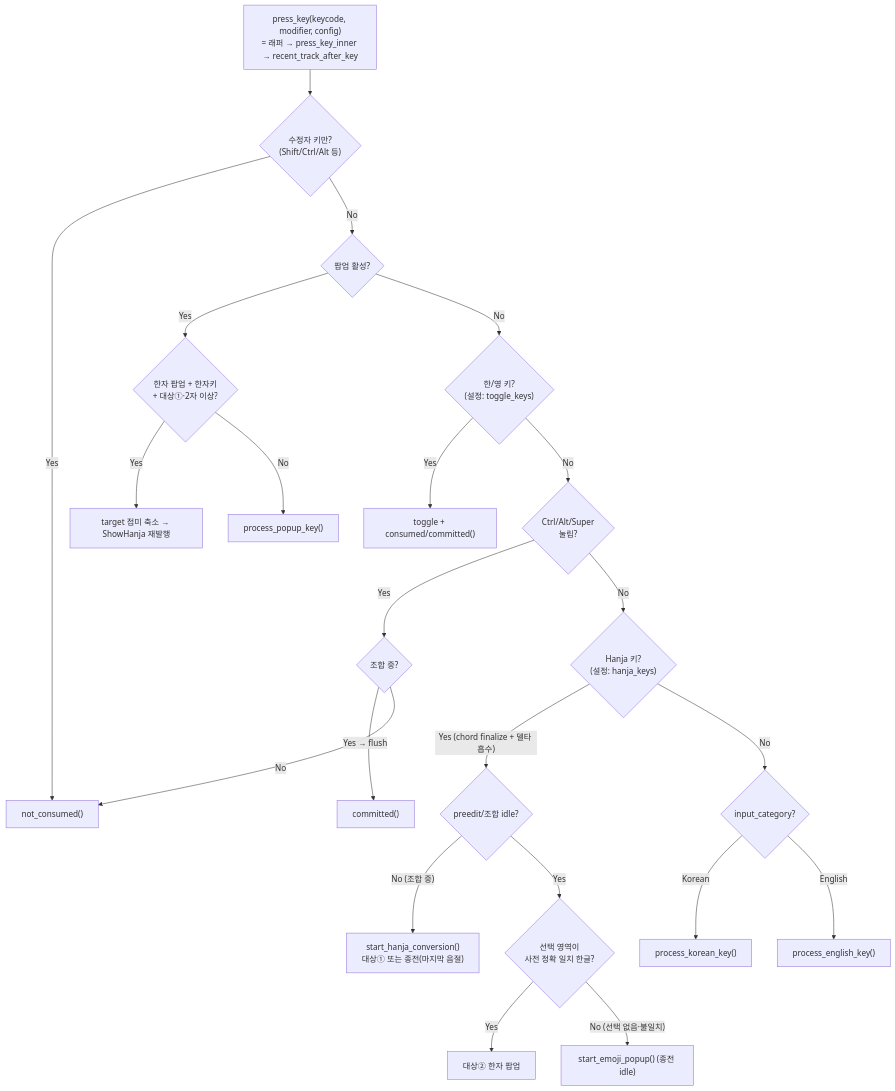
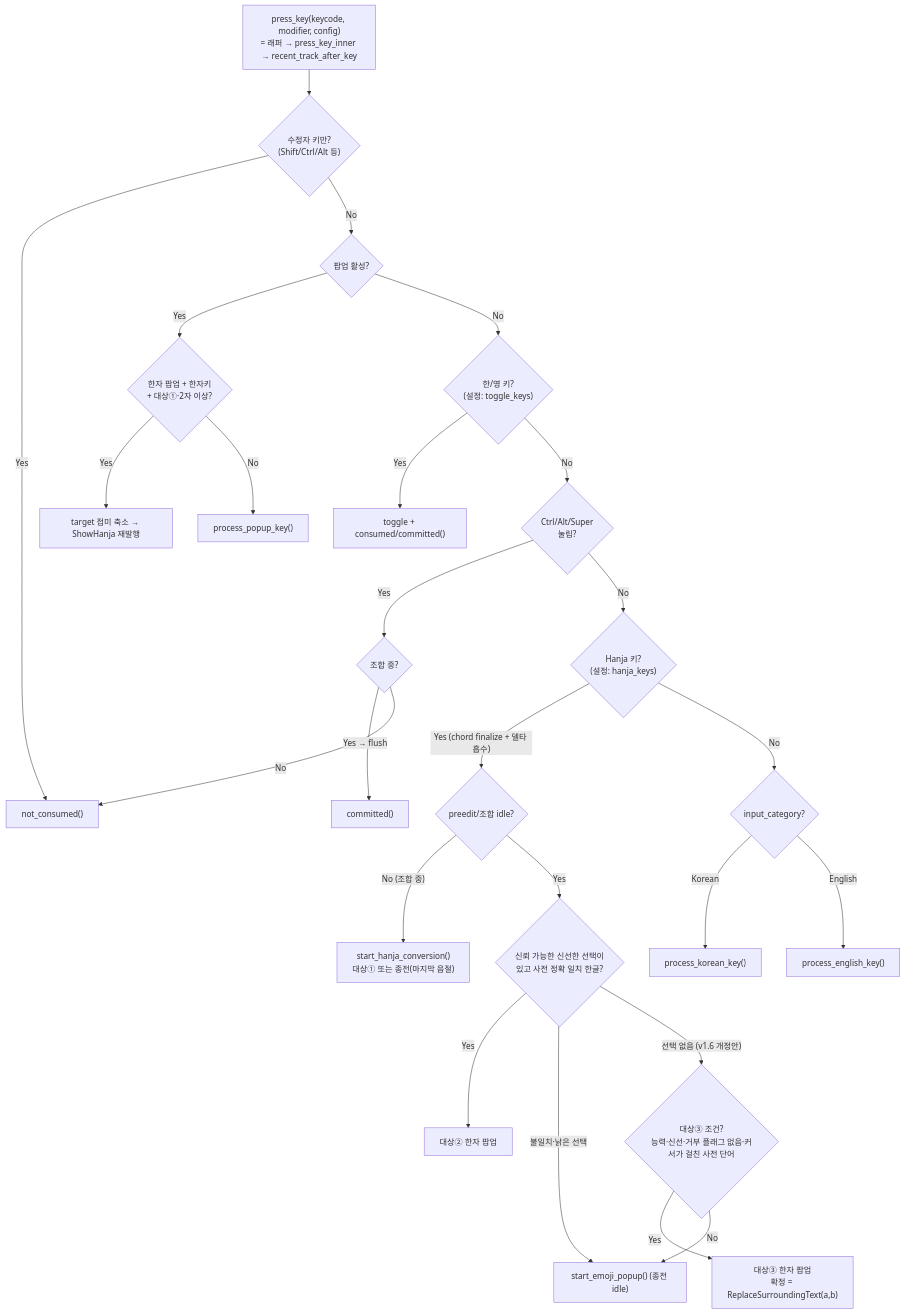
The second of 3 diagrams in src/SPEC.md (from104/unim), drawn with Mermaid before and after one commit. The commit also changed other lines of this file and 21 other files, not shown here.

First line of the commit message:
feat(hanja): 커서가 걸친 단어 변환(대상③) — 엔진·데몬

````diff
--- a/src/SPEC.md
+++ b/src/SPEC.md
@@ -174,38 +188,41 @@
 ```mermaid
 flowchart TD
     START["press_key(keycode, modifier, config)<br/>= 래퍼 → press_key_inner → recent_track_after_key"]
     POPUP{"팝업 활성?"}
     SHRINK{"한자 팝업 + 한자키<br/>+ 대상①·2자 이상?"}
     HK{"Hanja 키?\n(설정: hanja_keys)"}
     IDLE{"preedit/조합 idle?"}
-    SEL{"선택 영역이<br/>사전 정확 일치 한글?"}
+    SEL{"신뢰 가능한 신선한 선택이<br/>있고 사전 정확 일치 한글?"}
     MOD{"수정자 키만?<br/>(Shift/Ctrl/Alt 등)"}
     CTRL{"Ctrl/Alt/Super<br/>눌림?"}
     COMPOSE_CHECK{"조합 중?"}
     TOGGLE{"한/영 키?\n(설정: toggle_keys)"}
     CATEGORY{"input_category?"}
     KOREAN["process_korean_key()"]
     ENGLISH["process_english_key()"]
     
     START --> MOD
     MOD -->|Yes| NC["not_consumed()"]
     MOD -->|No| POPUP
     POPUP -->|Yes| SHRINK
     SHRINK -->|Yes| SH["target 접미 축소 → ShowHanja 재발행"]
     SHRINK -->|No| PK["process_popup_key()"]
     POPUP -->|No| TOGGLE
     TOGGLE -->|Yes| T1["toggle + consumed/committed()"]
     TOGGLE -->|No| CTRL
     CTRL -->|Yes| COMPOSE_CHECK
     COMPOSE_CHECK -->|"Yes → flush"| CM1["committed()"]
     COMPOSE_CHECK -->|No| NC
     CTRL -->|No| HK
     HK -->|"Yes (chord finalize + 델타 흡수)"| IDLE
     IDLE -->|"No (조합 중)"| HC["start_hanja_conversion()<br/>대상① 또는 종전(마지막 음절)"]
     IDLE -->|Yes| SEL
     SEL -->|Yes| HC2["대상② 한자 팝업"]
-    SEL -->|"No (선택 없음·불일치)"| EMO["start_emoji_popup() (종전 idle)"]
+    SEL -->|"불일치·낡은 선택"| EMO["start_emoji_popup() (종전 idle)"]
+    SEL -->|"선택 없음 (v1.6 개정안)"| CW{"대상③ 조건?<br/>능력·신선·거부 플래그 없음·커서가 걸친 사전 단어"}
+    CW -->|Yes| HC3["대상③ 한자 팝업<br/>확정 = ReplaceSurroundingText(a,b)"]
+    CW -->|No| EMO
     HK -->|No| CATEGORY
     CATEGORY -->|Korean| KOREAN
     CATEGORY -->|English| ENGLISH
 ```
````
